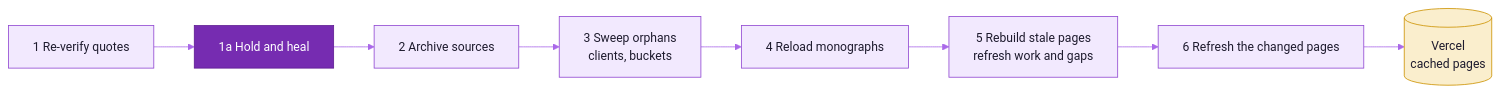
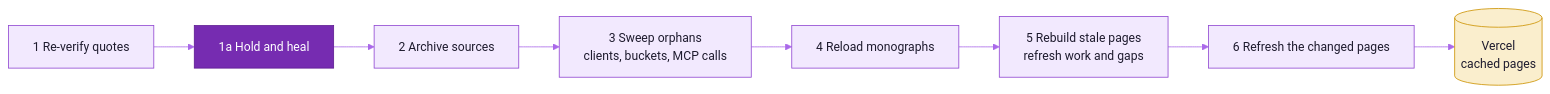
One commit to ankits1802/science-behind-craft changed the diagram in docs/contracts/nightly-upkeep.md. Above: the diagram before and after it, drawn with Mermaid. The commit also changed other lines of this file and 63 other files, not shown here.

````diff
--- a/docs/contracts/nightly-upkeep.md
+++ b/docs/contracts/nightly-upkeep.md
@@ -24,15 +25,15 @@
 ```mermaid
 %%{init: {"theme":"base","fontFamily":"Inter, ui-sans-serif, system-ui, -apple-system, Segoe UI, Roboto, Helvetica, Arial, sans-serif","themeVariables":{"fontSize":"15px","primaryColor":"#F2E9FE","primaryTextColor":"#1E1B2E","primaryBorderColor":"#9148D2","secondaryColor":"#FAEECD","secondaryTextColor":"#1E1B2E","secondaryBorderColor":"#CD9200","tertiaryColor":"#F3F1FA","tertiaryTextColor":"#1E1B2E","tertiaryBorderColor":"#A7A3BC","mainBkg":"#F2E9FE","nodeBorder":"#9148D2","nodeTextColor":"#1E1B2E","lineColor":"#AA69E9","textColor":"#857F9E","edgeLabelBackground":"#F9F5FF","clusterBkg":"#F9F5FF","clusterBorder":"#D6B6FB","titleColor":"#762CB1"}}}%%
 flowchart LR
   Q["1 Re-verify quotes"] --> H["1a Hold and heal"]
   H --> A["2 Archive sources"]
-  A --> O["3 Sweep orphans<br/>clients, buckets"]
+  A --> O["3 Sweep orphans<br/>clients, buckets, MCP calls"]
   O --> M["4 Reload monographs"]
   M --> P["5 Rebuild stale pages<br/>refresh work and gaps"]
   P --> B["6 Refresh the changed pages"]
   B --> V[("Vercel<br/>cached pages")]
   classDef accent fill:#762CB1,stroke:#5F1C93,color:#FFFFFF
   classDef gold fill:#FAEECD,stroke:#CD9200,color:#1E1B2E
   class H accent
   class V gold
 ```
````
